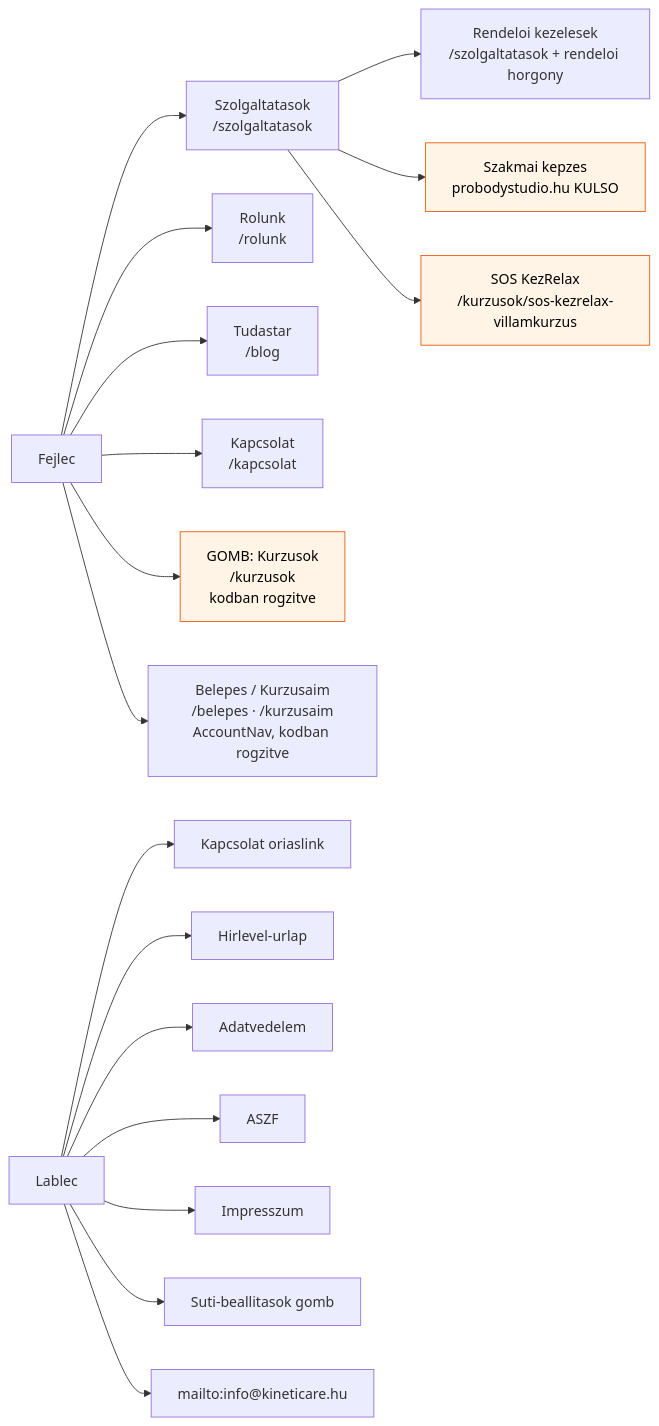
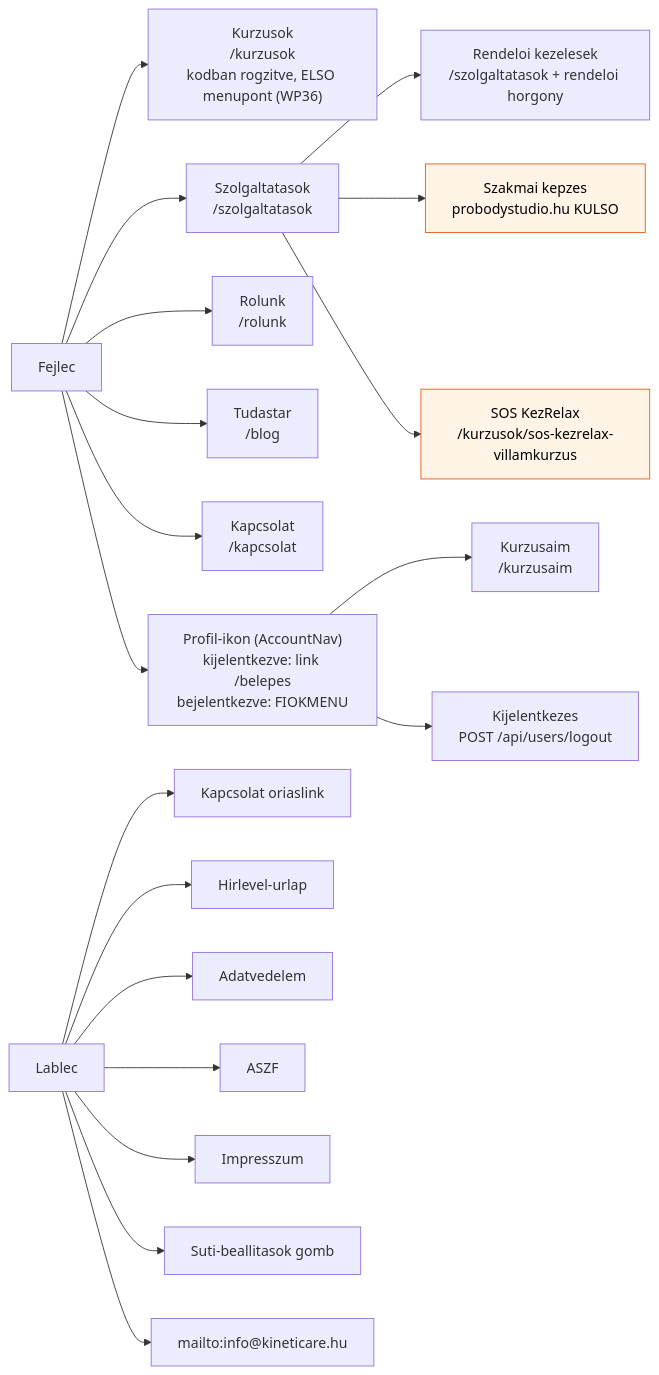
The second of 3 diagrams in docs/informacios-architektura.md (Monoduette/Kineticare), drawn with Mermaid before and after one commit. The commit also changed other lines of this file and 12 other files, not shown here.

First line of the commit message:
feat(fejlec): bejelentkezve csak a profil-ikon marad, lenyíló fiókmenüvel; a Kurzusok sima menüpont lett

````diff
--- a/docs/informacios-architektura.md
+++ b/docs/informacios-architektura.md
@@ -188,26 +192,28 @@
 ```mermaid
 flowchart LR
     ROOT["Fejlec"]
+    ROOT --> M0["Kurzusok<br/>/kurzusok<br/>kodban rogzitve, ELSO menupont (WP36)"]
     ROOT --> M1["Szolgaltatasok<br/>/szolgaltatasok"]
     ROOT --> M2["Rolunk<br/>/rolunk"]
     ROOT --> M3["Tudastar<br/>/blog"]
     ROOT --> M4["Kapcsolat<br/>/kapcsolat"]
-    ROOT --> BTN["GOMB: Kurzusok<br/>/kurzusok<br/>kodban rogzitve"]
-    ROOT --> ACC["Belepes / Kurzusaim<br/>/belepes · /kurzusaim<br/>AccountNav, kodban rogzitve"]
+    ROOT --> ACC["Profil-ikon (AccountNav)<br/>kijelentkezve: link /belepes<br/>bejelentkezve: FIOKMENU"]
+    ACC --> A1["Kurzusaim<br/>/kurzusaim"]
+    ACC --> A2["Kijelentkezes<br/>POST /api/users/logout"]
 
     M1 --> S1["Rendeloi kezelesek<br/>/szolgaltatasok + rendeloi horgony"]
     M1 --> S2["Szakmai kepzes<br/>probodystudio.hu KULSO"]
     M1 --> S3["SOS KezRelax<br/>/kurzusok/sos-kezrelax-villamkurzus"]
 
     FOOT["Lablec"]
     FOOT --> F1["Kapcsolat oriaslink"]
     FOOT --> F2["Hirlevel-urlap"]
     FOOT --> F3["Adatvedelem"]
     FOOT --> F4["ASZF"]
     FOOT --> F5["Impresszum"]
     FOOT --> F6["Suti-beallitasok gomb"]
     FOOT --> F7["mailto:info@kineticare.hu"]
 
     classDef gond fill:#fff4e6,stroke:#e8590c,color:#000
-    class S2,S3,BTN gond
+    class S2,S3 gond
 ```
````
